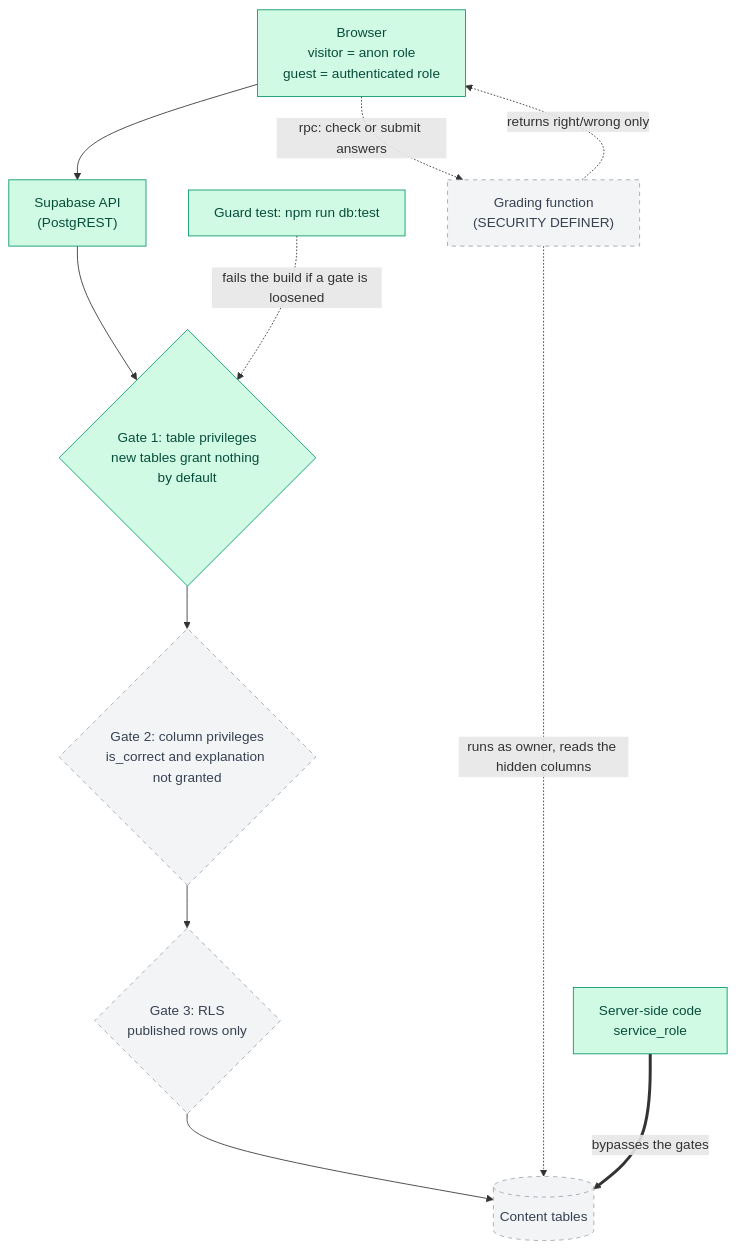
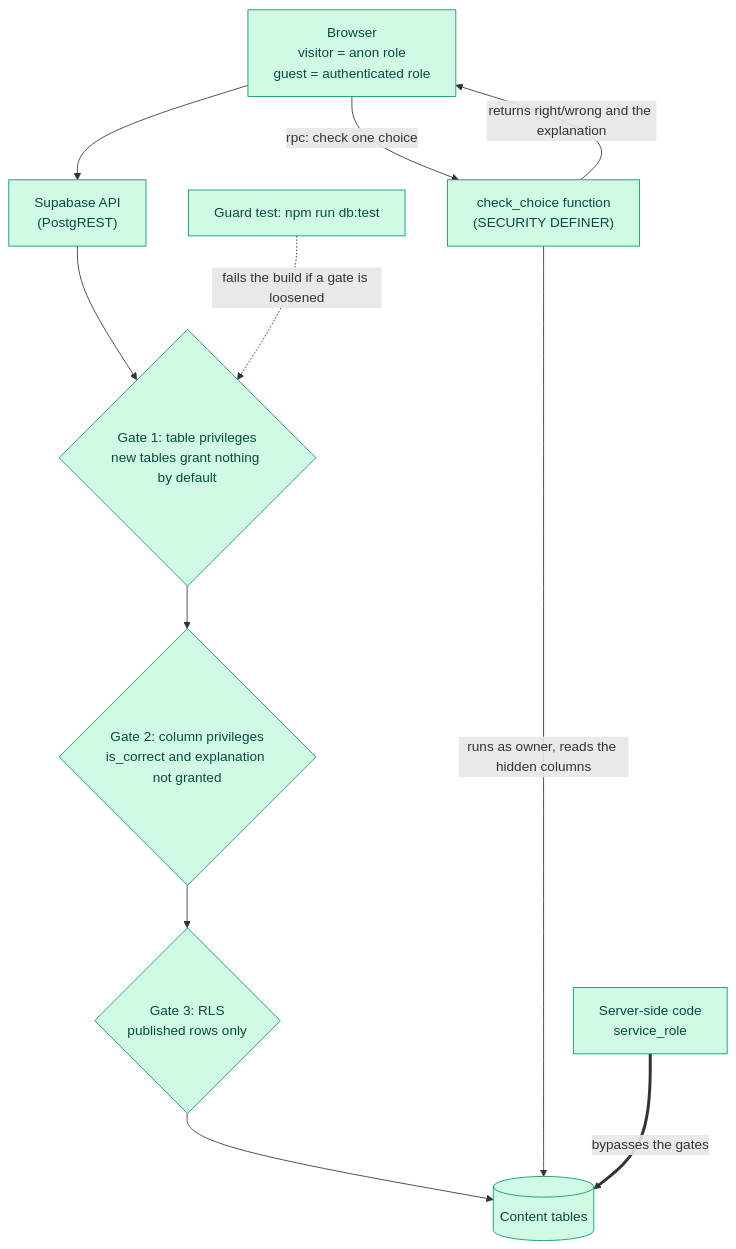
One commit to abdulrahman1121/super-driver changed the seventh of 9 diagrams in architecture/data-flow.md. Above: the diagram before and after it, drawn with Mermaid. The commit also changed other lines of this file and 27 other files, not shown here.

````diff
--- a/architecture/data-flow.md
+++ b/architecture/data-flow.md
@@ -214,22 +239,22 @@
 ```mermaid
 flowchart TB
   classDef built fill:#d1fae5,stroke:#059669,color:#064e3b
   classDef planned fill:#f3f4f6,stroke:#9ca3af,stroke-dasharray:5 5,color:#374151
 
   Browser["Browser<br/>visitor = anon role<br/>guest = authenticated role"]:::built
   API["Supabase API<br/>(PostgREST)"]:::built
   G1{"Gate 1: table privileges<br/>new tables grant nothing by default"}:::built
-  G2{"Gate 2: column privileges<br/>is_correct and explanation not granted"}:::planned
-  G3{"Gate 3: RLS<br/>published rows only"}:::planned
-  Data[("Content tables")]:::planned
-  Fn["Grading function<br/>(SECURITY DEFINER)"]:::planned
+  G2{"Gate 2: column privileges<br/>is_correct and explanation not granted"}:::built
+  G3{"Gate 3: RLS<br/>published rows only"}:::built
+  Data[("Content tables")]:::built
+  Fn["check_choice function<br/>(SECURITY DEFINER)"]:::built
   Server["Server-side code<br/>service_role"]:::built
   Guard["Guard test: npm run db:test"]:::built
 
   Browser --> API --> G1 --> G2 --> G3 --> Data
-  Browser -.->|"rpc: check or submit answers"| Fn
-  Fn -.->|"runs as owner, reads the hidden columns"| Data
-  Fn -.->|"returns right/wrong only"| Browser
+  Browser -->|"rpc: check one choice"| Fn
+  Fn -->|"runs as owner, reads the hidden columns"| Data
+  Fn -->|"returns right/wrong and the explanation"| Browser
   Server ==>|"bypasses the gates"| Data
   Guard -.->|"fails the build if a gate is loosened"| G1
 ```
````
